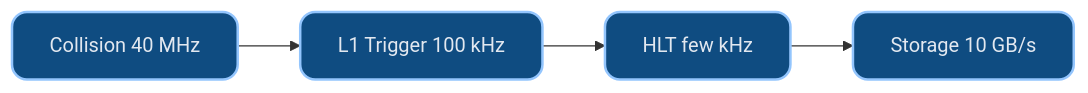
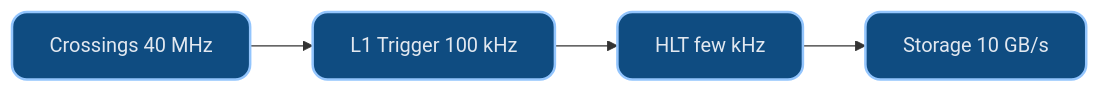
One commit to MindaugasSarpis/CERN_lessons_on_data_analysis changed the diagram in lectures/content/slides/02_Introduction_to_CERN.md. Above: the diagram before and after it, drawn with Mermaid. The commit also changed other lines of this file, not shown here.

First line of the commit message:
fix(timing): L02 — consistent trigger-survival numbers, portal tie-in reframe (review)

````diff
--- a/lectures/content/slides/02_Introduction_to_CERN.md
+++ b/lectures/content/slides/02_Introduction_to_CERN.md
@@ -602,9 +602,9 @@
 ```mermaid {scale: 0.85}
 graph LR
-    A[Collision 40 MHz] --> B[L1 Trigger 100 kHz]
+    A[Crossings 40 MHz] --> B[L1 Trigger 100 kHz]
     B --> C[HLT few kHz]
     C --> D[Storage 10 GB/s]
 
     classDef stage fill:#0f4c81,stroke:#93c5fd,stroke-width:2px,color:#e2e8f0,rx:12px,ry:12px;
     class A,B,C,D stage;
 ```
````
